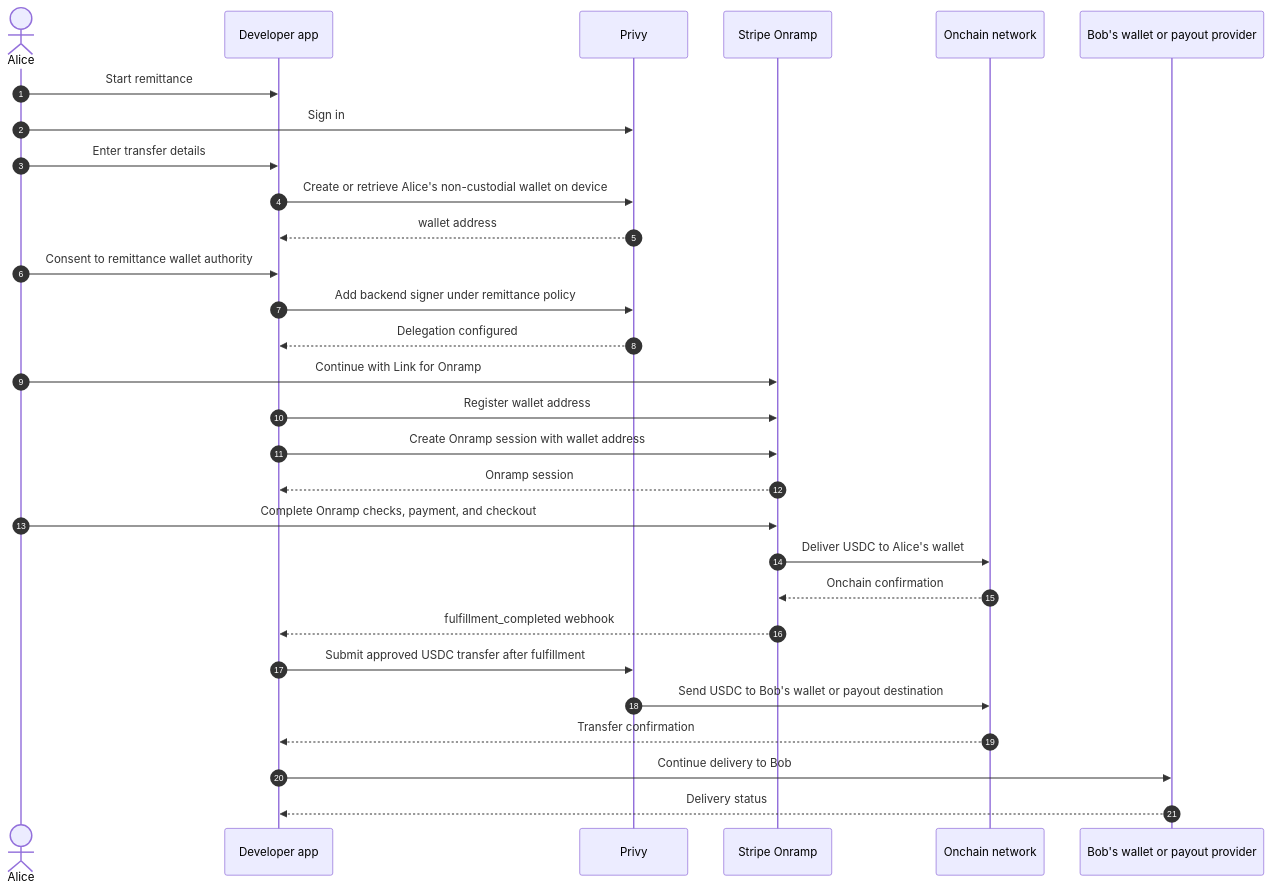
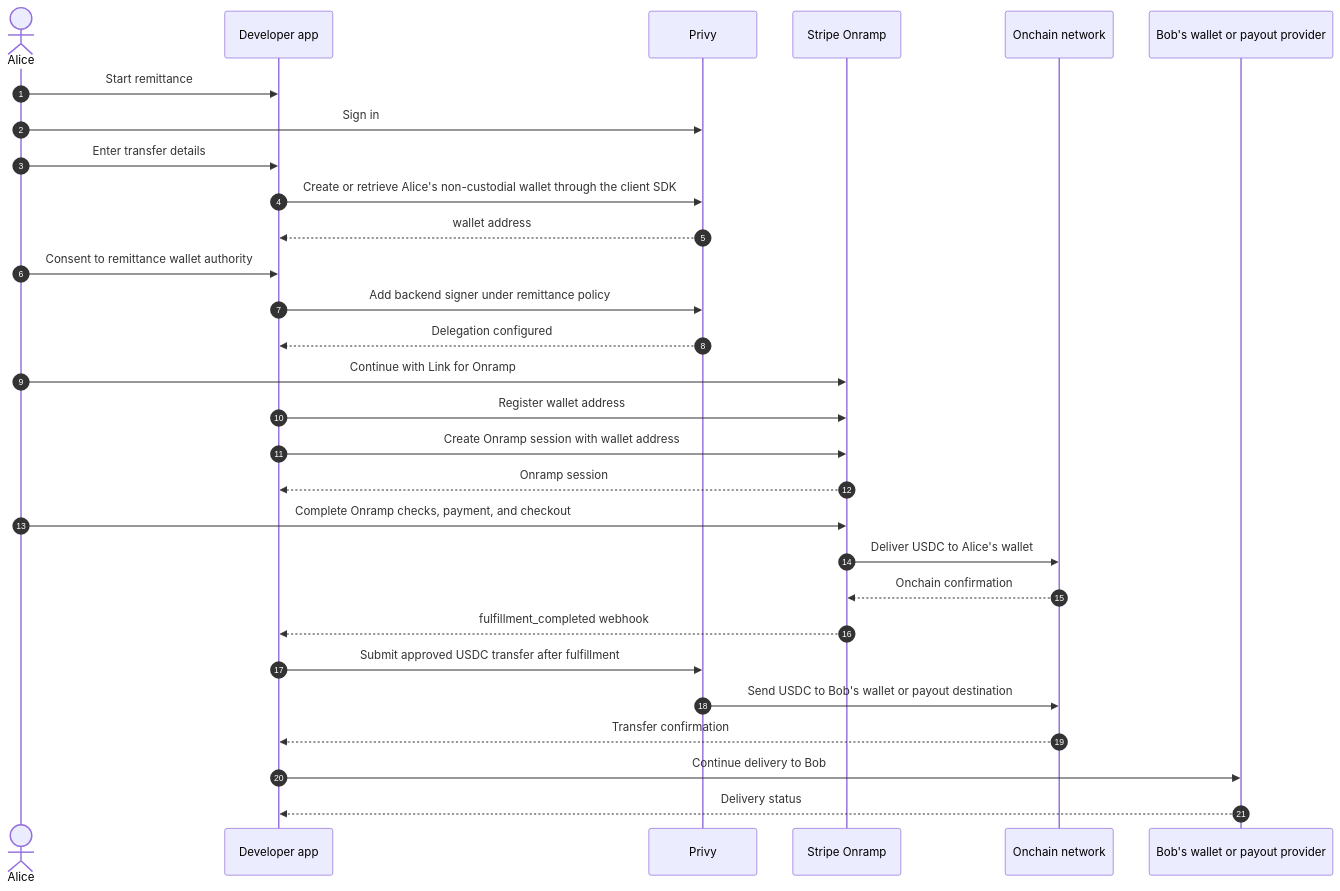
One commit to stripe-samples/crypto-embedded-components-onramp changed the diagram in remittance-privy-onramp/docs/stablecoin-remittance-recipe.md. Above: the diagram before and after it, drawn with Mermaid. The commit also changed other lines of this file and 2 other files, not shown here.

Commit message:
Clarify Privy wallet creation wording (#43)

````diff
--- a/remittance-privy-onramp/docs/stablecoin-remittance-recipe.md
+++ b/remittance-privy-onramp/docs/stablecoin-remittance-recipe.md
@@ -43,34 +43,34 @@
 ```mermaid
 sequenceDiagram
   autonumber
   actor Alice
   participant App as Developer app
   participant Privy
   participant Stripe as Stripe Onramp
   participant Chain as Onchain network
   participant Downstream as Bob's wallet or payout provider
 
   Alice->>App: Start remittance
   Alice->>Privy: Sign in
   Alice->>App: Enter transfer details
-  App->>Privy: Create or retrieve Alice's non-custodial wallet on device
+  App->>Privy: Create or retrieve Alice's non-custodial wallet through the client SDK
   Privy-->>App: wallet address
   Alice->>App: Consent to remittance wallet authority
   App->>Privy: Add backend signer under remittance policy
   Privy-->>App: Delegation configured
 
   Alice->>Stripe: Continue with Link for Onramp
   App->>Stripe: Register wallet address
   App->>Stripe: Create Onramp session with wallet address
   Stripe-->>App: Onramp session
   Alice->>Stripe: Complete Onramp checks, payment, and checkout
   Stripe->>Chain: Deliver USDC to Alice's wallet
   Chain-->>Stripe: Onchain confirmation
   Stripe-->>App: fulfillment_completed webhook
 
   App->>Privy: Submit approved USDC transfer after fulfillment
   Privy->>Chain: Send USDC to Bob's wallet or payout destination
   Chain-->>App: Transfer confirmation
   App->>Downstream: Continue delivery to Bob
   Downstream-->>App: Delivery status
 ```
````
